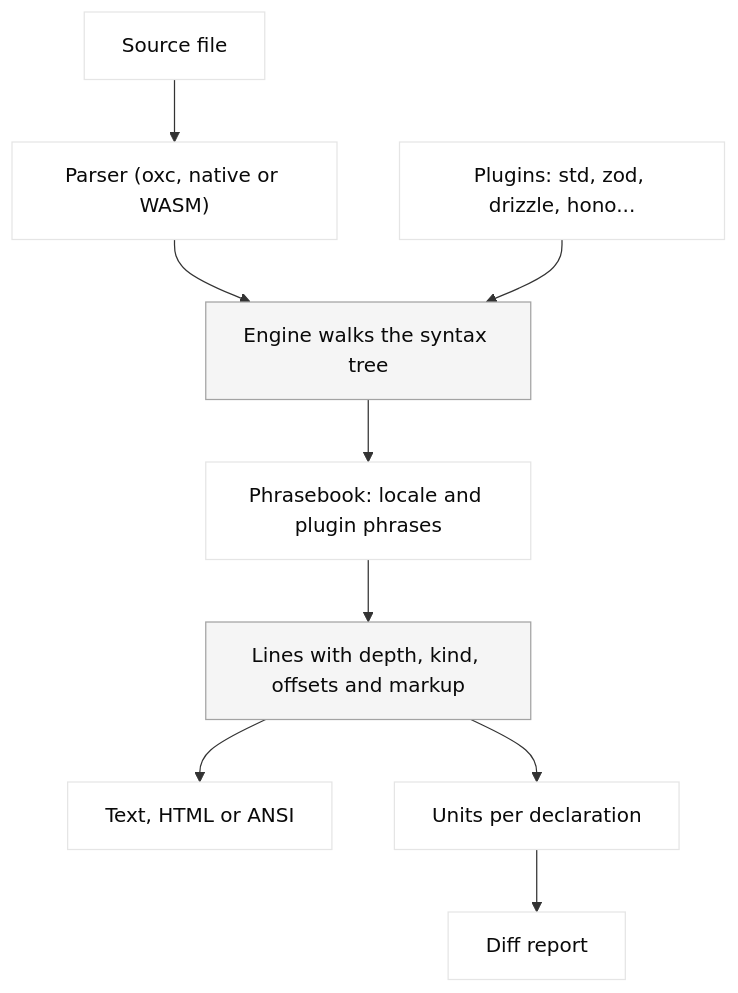
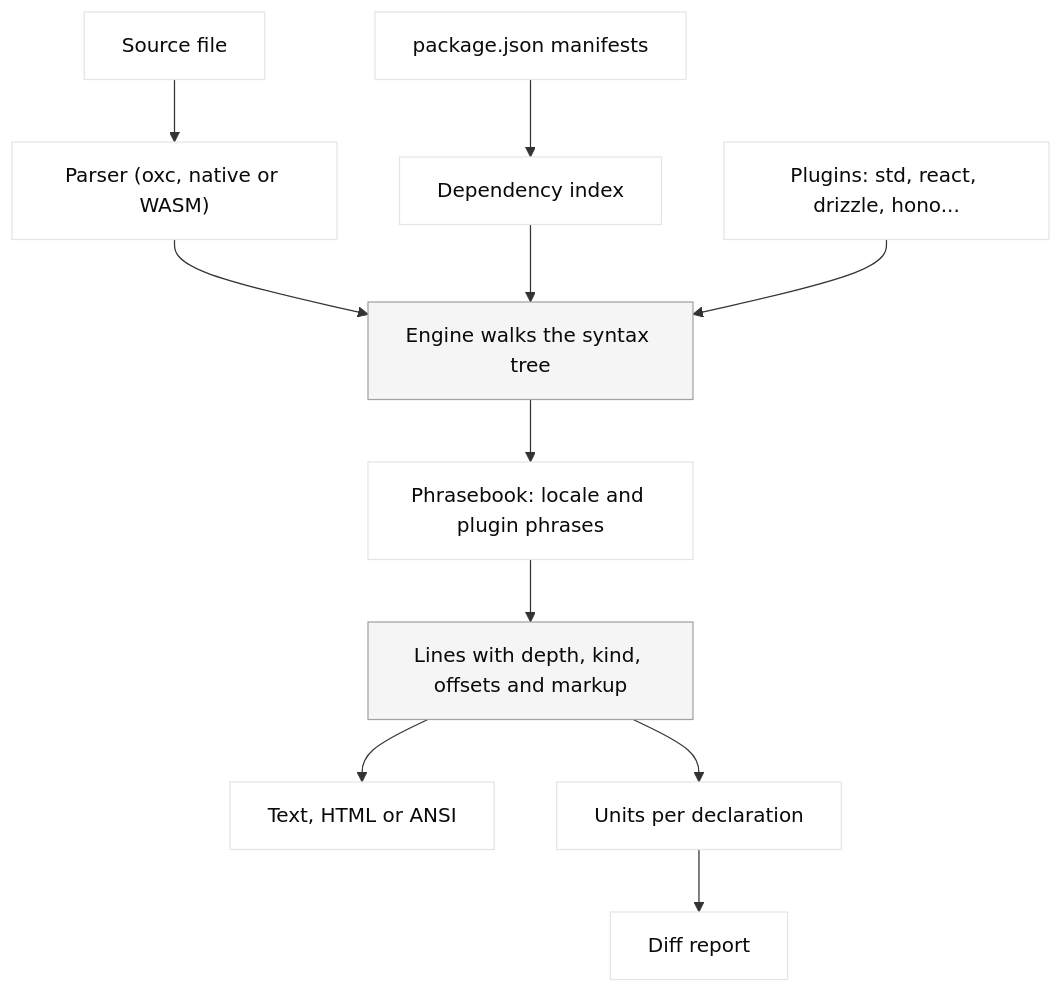
Before and after one commit to SirTenzin/narrator: the diagram in docs/concepts/how-it-works.mdx, drawn with Mermaid. The commit also changed other lines of this file and 45 other files, not shown here.

````diff
--- a/docs/concepts/how-it-works.mdx
+++ b/docs/concepts/how-it-works.mdx
@@ -8,15 +8,17 @@
 ```mermaid
 flowchart TB
   src["Source file"] --> parser["Parser (oxc, native or WASM)"]
   parser --> engine["Engine walks the syntax tree"]
-  plugins["Plugins: std, zod, drizzle, hono..."] --> engine
+  manifests["package.json manifests"] --> deps["Dependency index"]
+  deps --> engine
+  plugins["Plugins: std, react, drizzle, hono..."] --> engine
   engine --> phrases["Phrasebook: locale and plugin phrases"]
   phrases --> lines["Lines with depth, kind, offsets and markup"]
   lines --> text["Text, HTML or ANSI"]
   lines --> units["Units per declaration"]
   units --> diff["Diff report"]
   classDef accent fill:#f5f5f5,stroke:#a3a3a3,color:#0a0a0a
   classDef plain fill:#ffffff,stroke:#e5e5e5,color:#0a0a0a
   class engine,lines accent
-  class src,parser,plugins,phrases,text,units,diff plain
+  class src,parser,manifests,deps,plugins,phrases,text,units,diff plain
 ```
````
